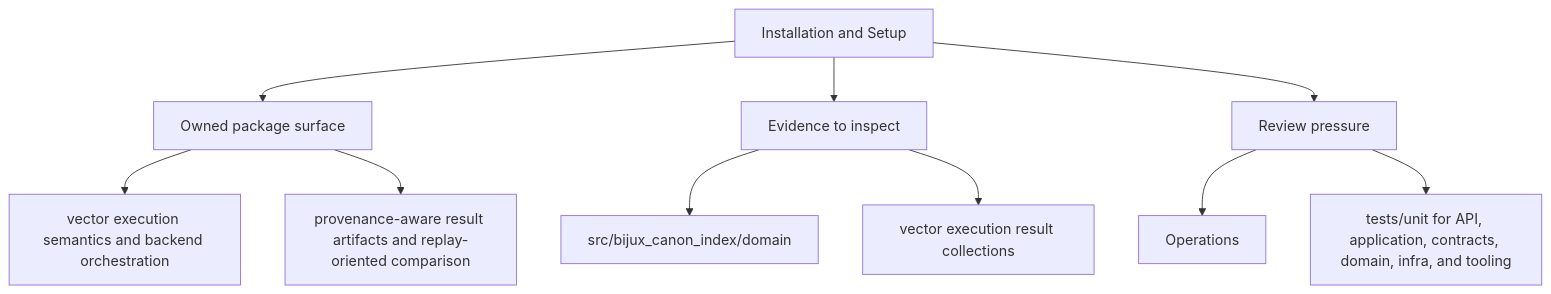
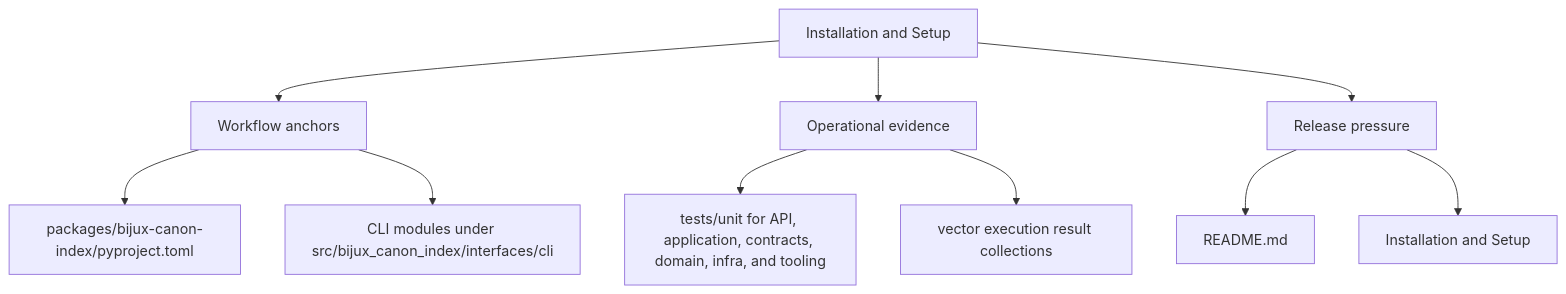
The second of 2 diagrams in docs/bijux-canon-index/operations/installation-and-setup.md (bijux/bijux-canon), drawn with Mermaid before and after one commit. The commit also changed other lines of this file and 250 other files, not shown here.

Commit message:
docs(diagrams): make product page maps more readable

````diff
--- a/docs/bijux-canon-index/operations/installation-and-setup.md
+++ b/docs/bijux-canon-index/operations/installation-and-setup.md
@@ -35,22 +35,22 @@
 ```mermaid
 flowchart TD
     page["Installation and Setup"]
-    focus1["Owned package surface"]
+    focus1["Workflow anchors"]
     page --> focus1
-    focus1_1["vector execution semantics and backend orchestration"]
+    focus1_1["packages/bijux-canon-index/pyproject.toml"]
     focus1 --> focus1_1
-    focus1_2["provenance-aware result artifacts and replay-oriented comparison"]
+    focus1_2["CLI modules under src/bijux_canon_index/interfaces/cli"]
     focus1 --> focus1_2
-    focus2["Evidence to inspect"]
+    focus2["Operational evidence"]
     page --> focus2
-    focus2_1["src/bijux_canon_index/domain"]
+    focus2_1["tests/unit for API, application, contracts, domain, infra, and tooling"]
     focus2 --> focus2_1
     focus2_2["vector execution result collections"]
     focus2 --> focus2_2
-    focus3["Review pressure"]
+    focus3["Release pressure"]
     page --> focus3
-    focus3_1["Operations"]
+    focus3_1["README.md"]
     focus3 --> focus3_1
-    focus3_2["tests/unit for API, application, contracts, domain, infra, and tooling"]
+    focus3_2["Installation and Setup"]
     focus3 --> focus3_2
 ```
````
